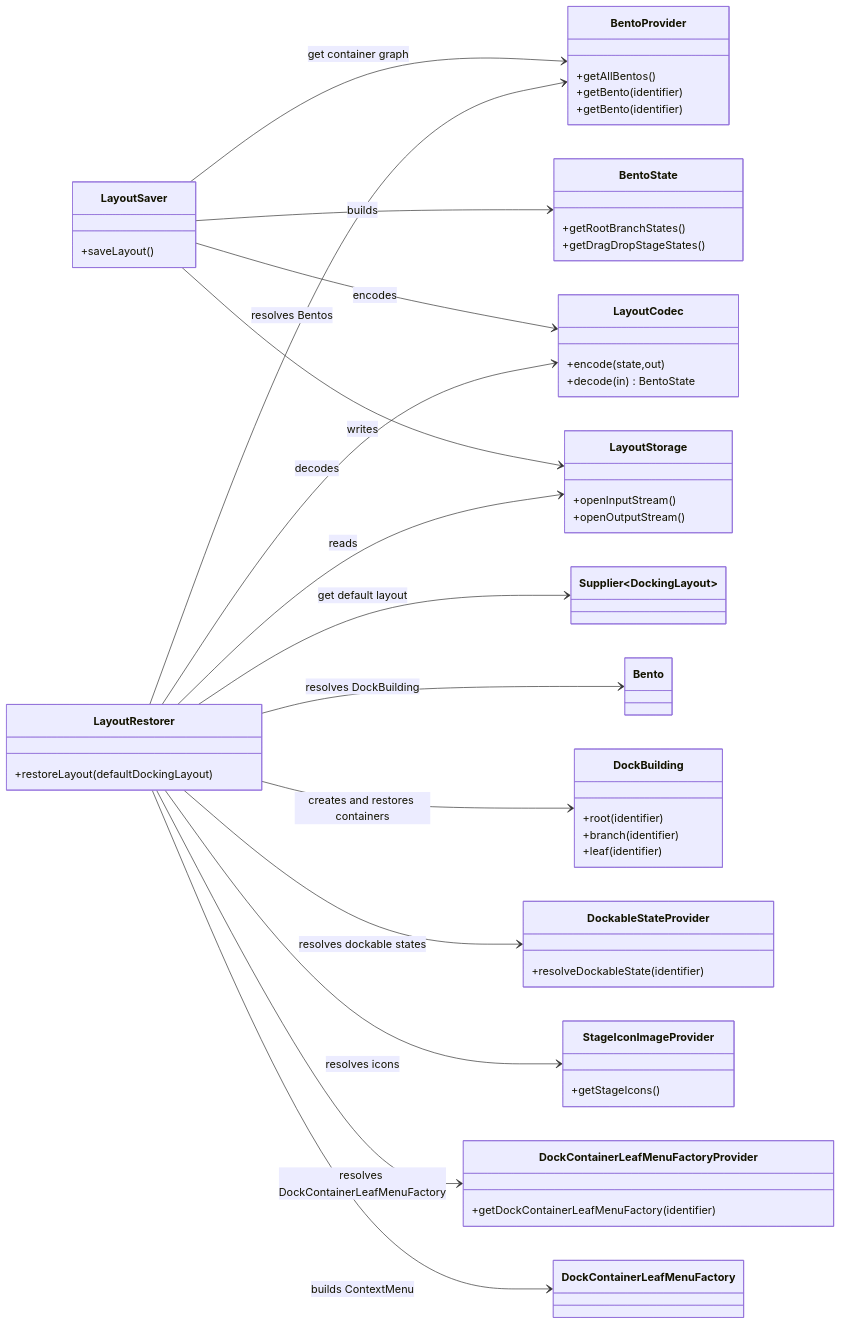
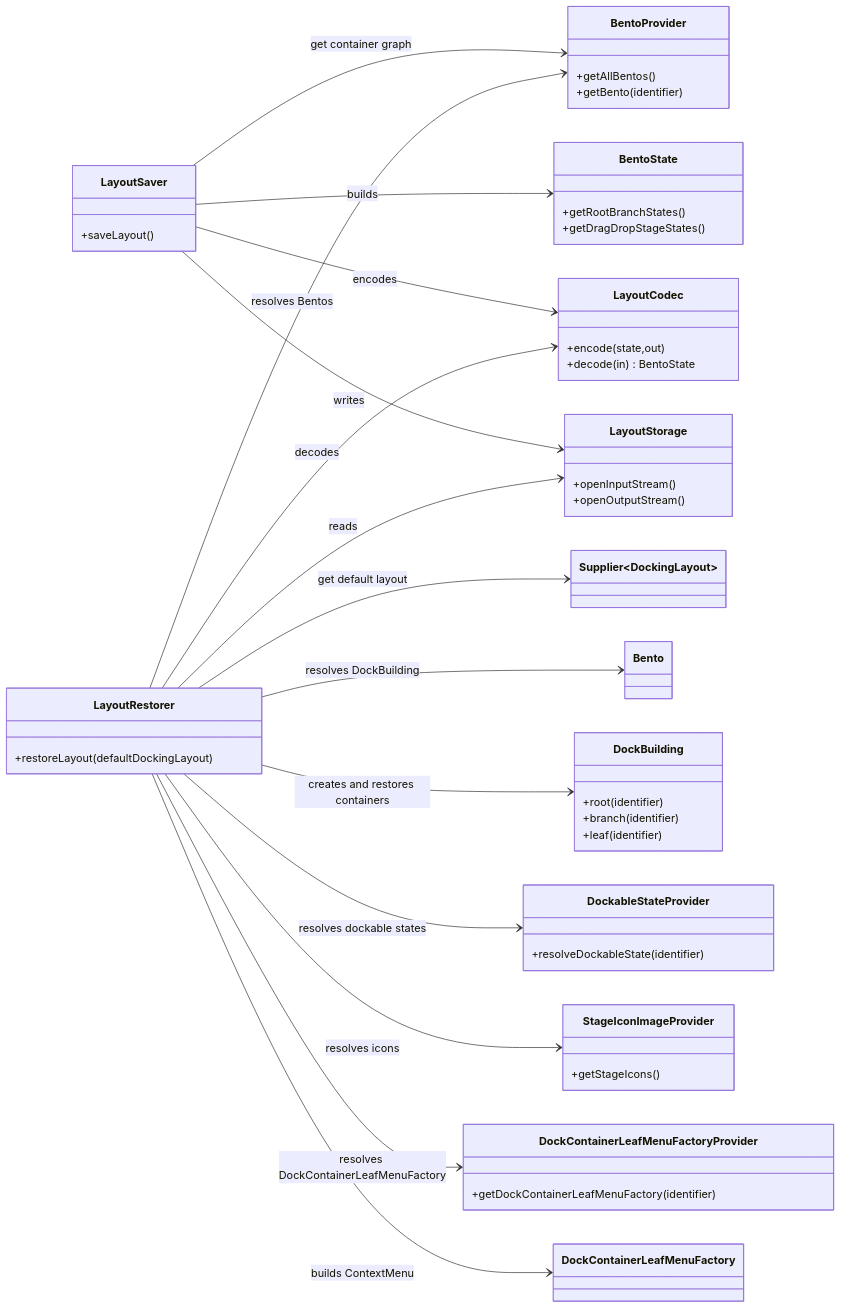
Before and after one commit to philliplbryant/BentoFX: the second of 2 diagrams in assets/docking-layout-persistence-diagrams.md, drawn with Mermaid. The commit also changed other lines of this file and 1 other file, not shown here.

Commit message:
BENTO-13: * Update design docs to indicate auto saving and restoring default layout.

````diff
--- a/assets/docking-layout-persistence-diagrams.md
+++ b/assets/docking-layout-persistence-diagrams.md
@@ -54,70 +58,66 @@
 ```mermaid
 classDiagram
   direction LR
 
   class LayoutSaver {
     +saveLayout()
   }
 
   class LayoutRestorer {
     +restoreLayout(defaultDockingLayout)
   }
   
   class BentoProvider {
       +getAllBentos()
       +getBento(identifier)
   }
 
   class LayoutStorage {
     +openInputStream()
     +openOutputStream()
   }
 
   class LayoutCodec {
     +encode(state,out)
     +decode(in) BentoState
   }
 
   class BentoState {
     +getRootBranchStates()
     +getDragDropStageStates()
   }
 
   class DockBuilding {
     +root(identifier)
     +branch(identifier)
     +leaf(identifier)
   }
 
   class DockableStateProvider {
     +resolveDockableState(identifier)
   }
   
   class StageIconImageProvider {
       +getStageIcons()
   }
   
-  class BentoProvider {
-      +getBento(identifier)
-  }
-  
   class DockContainerLeafMenuFactoryProvider {
       +getDockContainerLeafMenuFactory(identifier)
   }
 
   LayoutSaver --> BentoProvider : get container graph
   LayoutSaver --> BentoState : builds
   LayoutSaver --> LayoutCodec : encodes
   LayoutSaver --> LayoutStorage : writes
 
   LayoutRestorer --> Supplier~DockingLayout~ : get default layout
   LayoutRestorer --> LayoutStorage : reads
   LayoutRestorer --> LayoutCodec : decodes
   LayoutRestorer --> BentoProvider : resolves Bentos
   LayoutRestorer --> Bento : resolves DockBuilding
   LayoutRestorer --> DockBuilding : creates and restores containers
   LayoutRestorer --> DockableStateProvider : resolves dockable states
   LayoutRestorer --> StageIconImageProvider: resolves icons
   LayoutRestorer --> DockContainerLeafMenuFactoryProvider: resolves DockContainerLeafMenuFactory
   LayoutRestorer --> DockContainerLeafMenuFactory: builds ContextMenu
 ```
````
